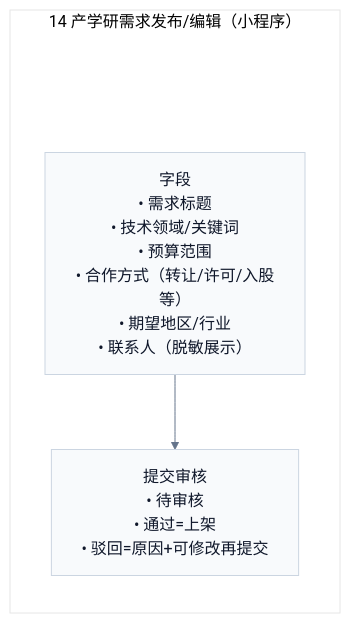
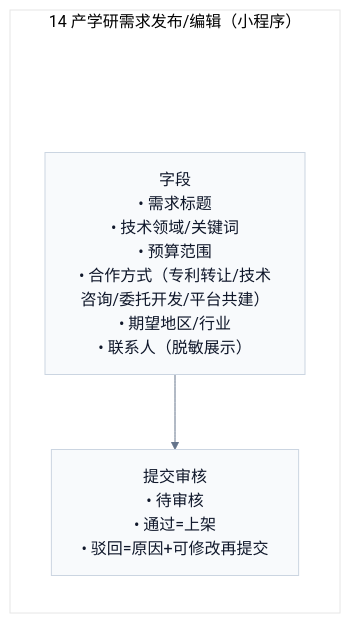
Before and after one commit to Ming-1984/Ipmoney: the diagram in docs/demo/pages/miniapp/14-publish-demand.mmd, drawn with Mermaid. The commit also changed 378 other files, not shown here.

```diff
--- a/docs/demo/pages/miniapp/14-publish-demand.mmd
+++ b/docs/demo/pages/miniapp/14-publish-demand.mmd
@@ -1,13 +1,13 @@
 %%{init: {'theme':'base','flowchart': {'htmlLabels': true},'themeVariables': {'fontFamily': 'Inter, Microsoft YaHei, sans-serif','lineColor':'#64748B','primaryTextColor':'#0F172A','primaryBorderColor':'#CBD5E1','primaryColor':'#F8FAFC'}}}%%
 flowchart TB
   subgraph P["14 产学研需求发布/编辑（小程序）"]
     direction TB
     Pad[" "]:::pad
-    Fields["字段<br/>• 需求标题<br/>• 技术领域/关键词<br/>• 预算范围<br/>• 合作方式（转让/许可/入股等）<br/>• 期望地区/行业<br/>• 联系人（脱敏展示）"]
+    Fields["字段<br/>• 需求标题<br/>• 技术领域/关键词<br/>• 预算范围<br/>• 合作方式（专利转让/技术咨询/委托开发/平台共建）<br/>• 期望地区/行业<br/>• 联系人（脱敏展示）"]
     Submit["提交审核<br/>• 待审核<br/>• 通过=上架<br/>• 驳回=原因+可修改再提交"]
     Pad --> Fields
     Fields --> Submit
   end
 
   classDef pad fill:transparent,stroke:transparent,color:transparent;
   linkStyle 0 stroke:transparent,fill:transparent;
```
